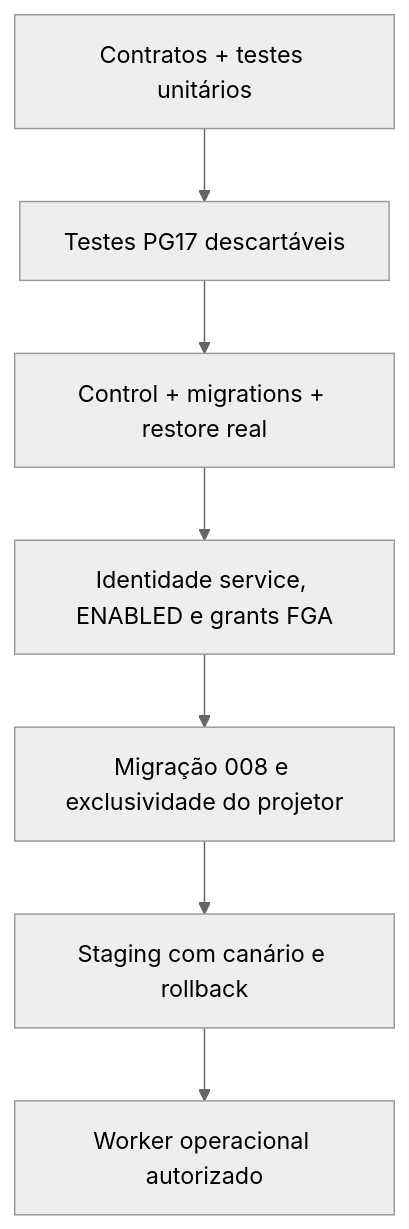
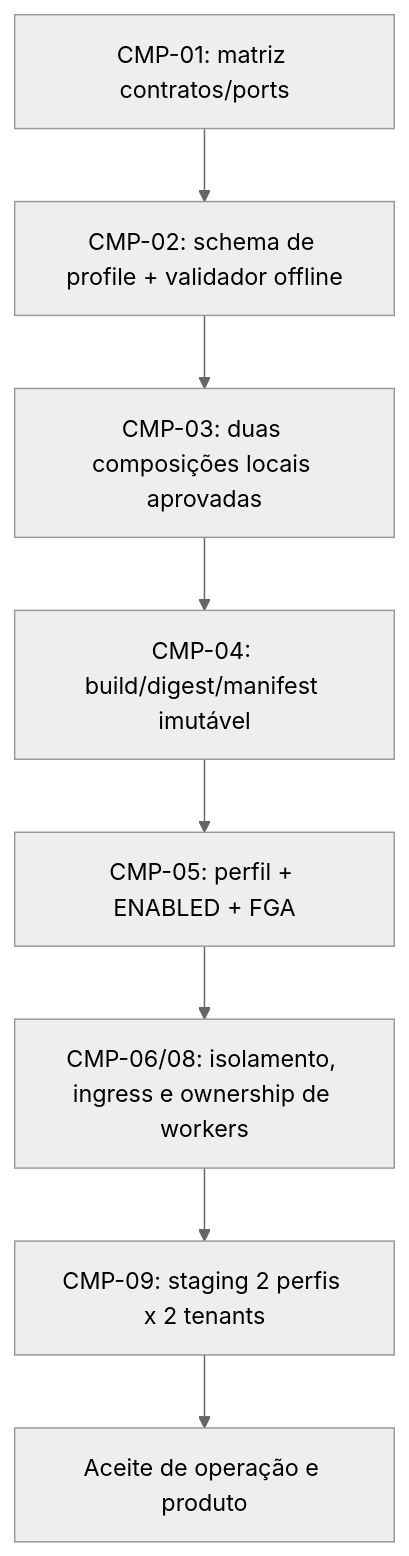
Before and after one commit to delmacy/syndes-system: the third of 3 diagrams in docs/subprojects/P14-platform-core/chapters/05-arquitetura-banco-interface-configuracao-e-diagramas.md, drawn with Mermaid (neutral theme). The commit also changed other lines of this file and 12 other files, not shown here.

````diff
--- a/docs/subprojects/P14-platform-core/chapters/05-arquitetura-banco-interface-configuracao-e-diagramas.md
+++ b/docs/subprojects/P14-platform-core/chapters/05-arquitetura-banco-interface-configuracao-e-diagramas.md
@@ -73,12 +71,10 @@
 ```mermaid
 flowchart TD
-  Types["Contratos + testes unitários"]
-  PG17["Testes PG17 descartáveis"]
-  Control["Control + migrations + restore real"]
-  Identity["Identidade service, ENABLED e grants FGA"]
-  Legacy["Migração 008 e exclusividade do projetor"]
-  Canary["Staging com canário e rollback"]
-  Runtime["Worker operacional autorizado"]
-
-  Types --> PG17 --> Control --> Identity --> Legacy --> Canary --> Runtime
+  C1["CMP-01: matriz contratos/ports"] --> C2["CMP-02: schema de profile + validador offline"]
+  C2 --> C3["CMP-03: duas composições locais aprovadas"]
+  C3 --> C4["CMP-04: build/digest/manifest imutável"]
+  C4 --> C5["CMP-05: perfil + ENABLED + FGA"]
+  C5 --> C6["CMP-06/08: isolamento, ingress e ownership de workers"]
+  C6 --> C9["CMP-09: staging 2 perfis x 2 tenants"]
+  C9 --> Gate["Aceite de operação e produto"]
 ```
````
